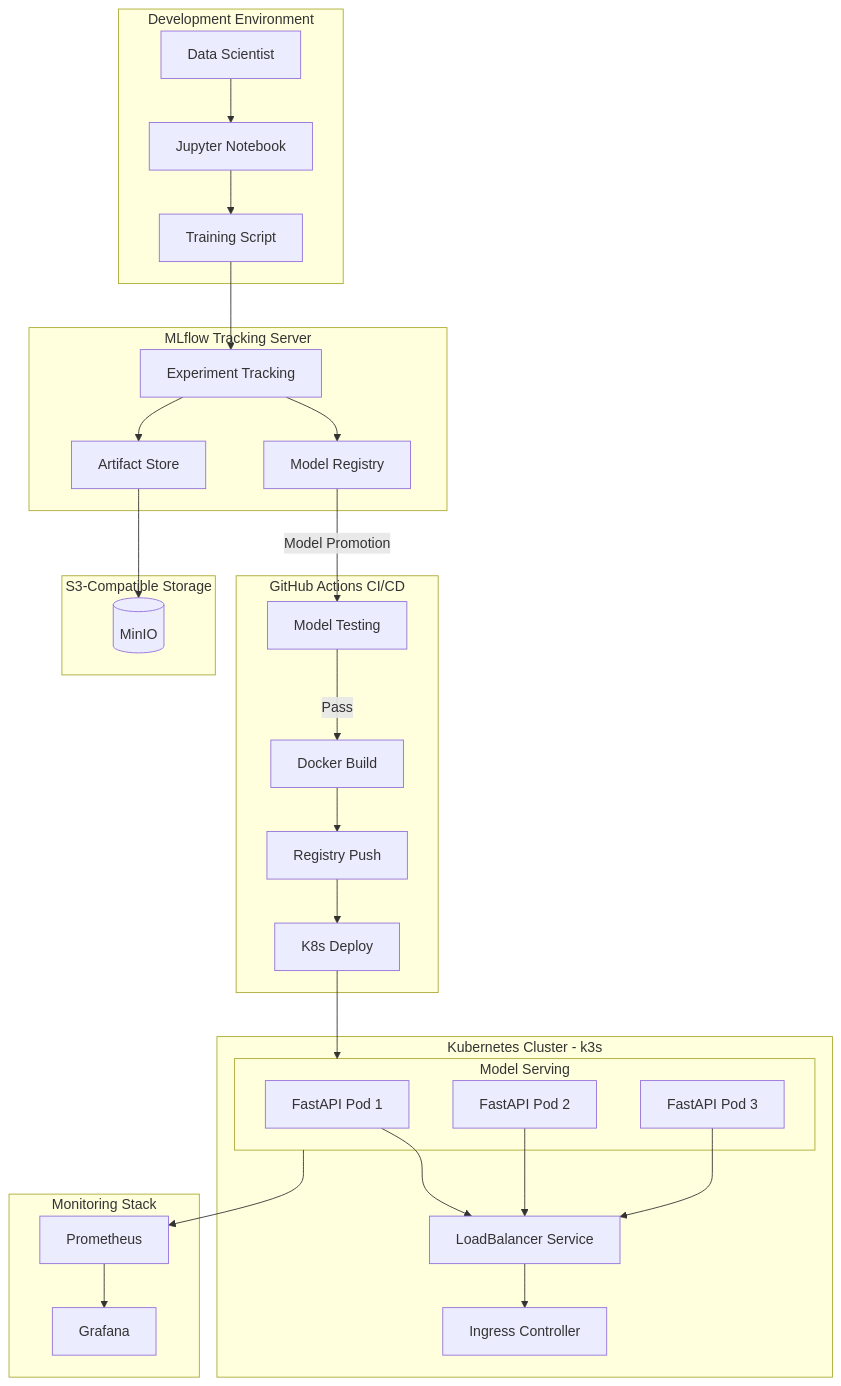
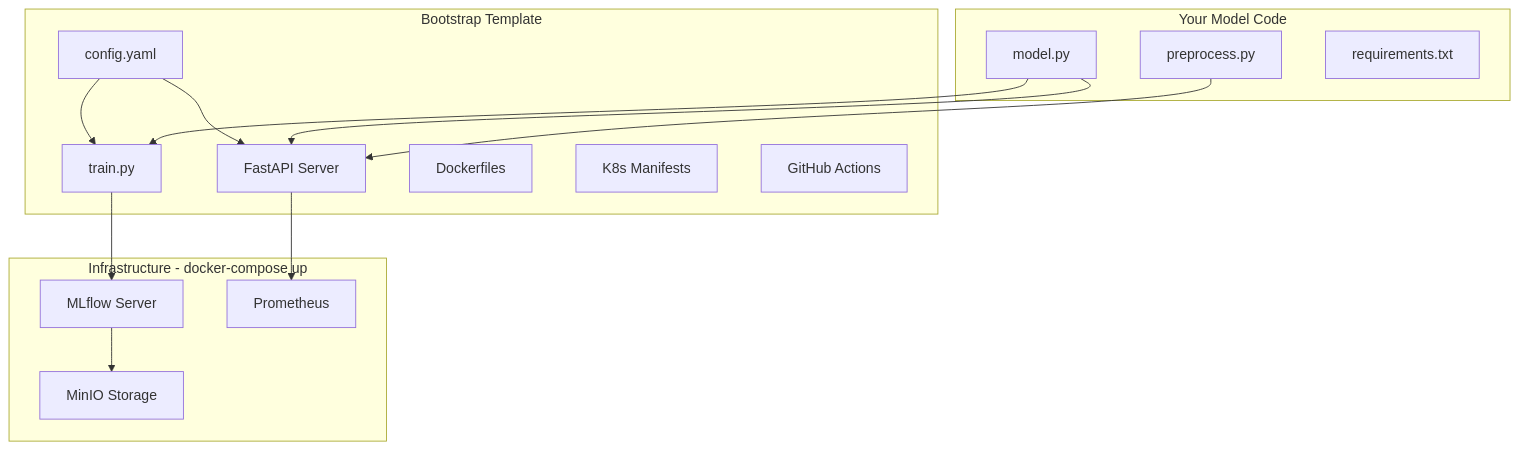
The first of 2 diagrams in README.md (VineethKumar7/ml-pipeline), drawn with Mermaid before and after one commit. The commit also changed other lines of this file, not shown here.

Commit message:
Redesign as bootstrap template with BYOM guide

````diff
--- a/README.md
+++ b/README.md
@@ -7,58 +7,32 @@
 ```mermaid
 flowchart TB
-    subgraph Development["Development Environment"]
-        DS[Data Scientist]
-        NB[Jupyter Notebook]
-        TR[Training Script]
+    subgraph Template["Bootstrap Template"]
+        CONFIG[config.yaml]
+        TRAIN[train.py]
+        SERVE[FastAPI Server]
+        DOCKER[Dockerfiles]
+        K8S[K8s Manifests]
+        CICD[GitHub Actions]
     end
 
-    subgraph MLflow["MLflow Tracking Server"]
-        EXP[Experiment Tracking]
-        REG[Model Registry]
-        ART[Artifact Store]
+    subgraph YourCode["Your Model Code"]
+        MODEL[model.py]
+        PREPROCESS[preprocess.py]
+        REQ[requirements.txt]
     end
 
-    subgraph Storage["S3-Compatible Storage"]
-        MINIO[(MinIO)]
+    subgraph Infrastructure["Infrastructure - docker-compose up"]
+        MLFLOW[MLflow Server]
+        MINIO[MinIO Storage]
+        PROM[Prometheus]
     end
 
-    subgraph CICD["GitHub Actions CI/CD"]
-        TEST[Model Testing]
-        BUILD[Docker Build]
-        PUSH[Registry Push]
-        DEPLOY[K8s Deploy]
-    end
-
-    subgraph Kubernetes["Kubernetes Cluster - k3s"]
-        subgraph Services["Model Serving"]
-            API1[FastAPI Pod 1]
-            API2[FastAPI Pod 2]
-            API3[FastAPI Pod 3]
-        end
-        SVC[LoadBalancer Service]
-        ING[Ingress Controller]
-    end
-
-    subgraph Monitoring["Monitoring Stack"]
-        PROM[Prometheus]
-        GRAF[Grafana]
-    end
-
-    DS --> NB
-    NB --> TR
-    TR --> EXP
-    EXP --> REG
-    EXP --> ART
-    ART --> MINIO
-
-    REG -->|Model Promotion| TEST
-    TEST -->|Pass| BUILD
-    BUILD --> PUSH
-    PUSH --> DEPLOY
-    DEPLOY --> Services
-
-    API1 & API2 & API3 --> SVC
-    SVC --> ING
-    Services --> PROM
-    PROM --> GRAF
+    CONFIG --> TRAIN
+    CONFIG --> SERVE
+    MODEL --> TRAIN
+    MODEL --> SERVE
+    PREPROCESS --> SERVE
+    TRAIN --> MLFLOW
+    MLFLOW --> MINIO
+    SERVE --> PROM
 ```
````
